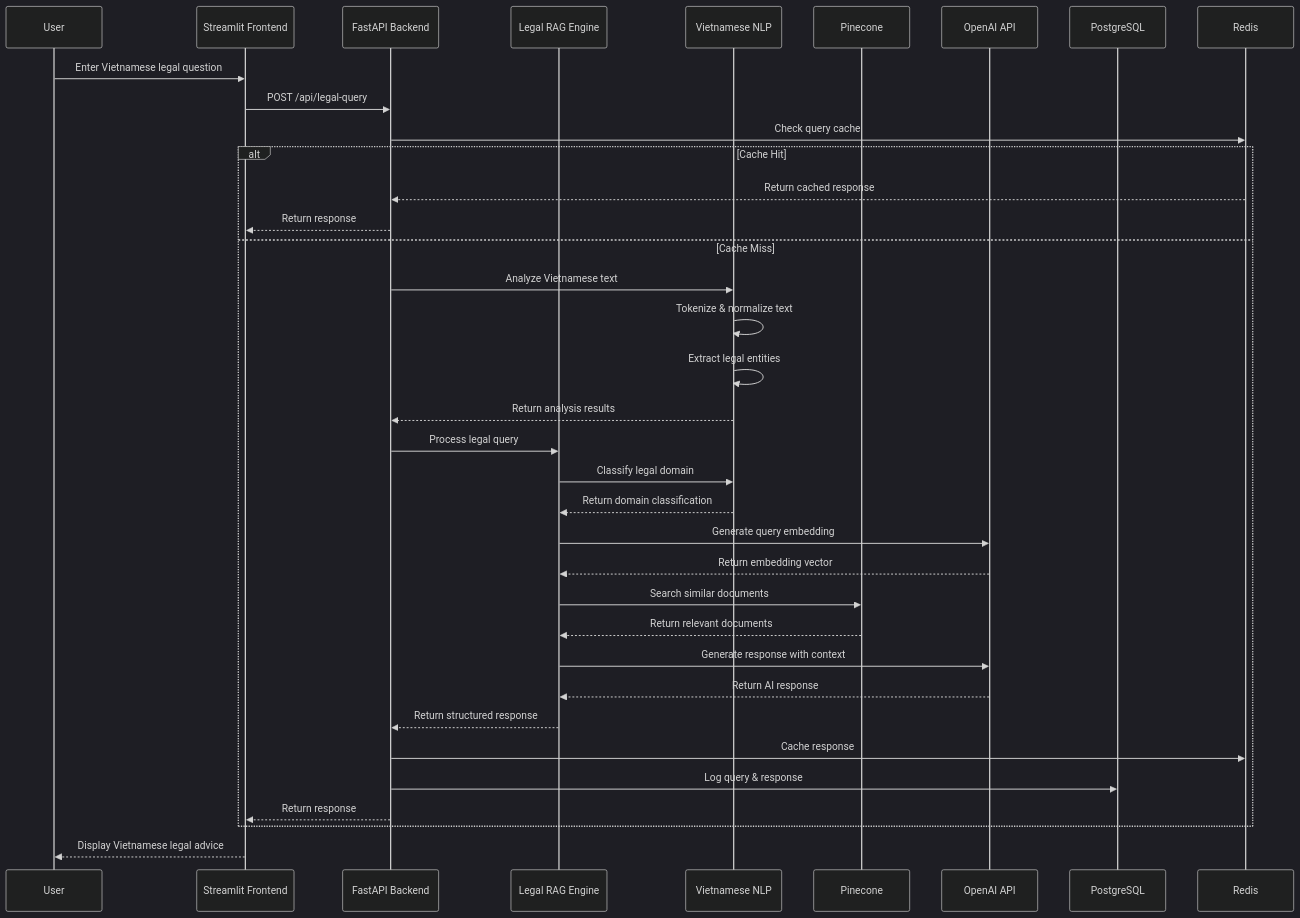
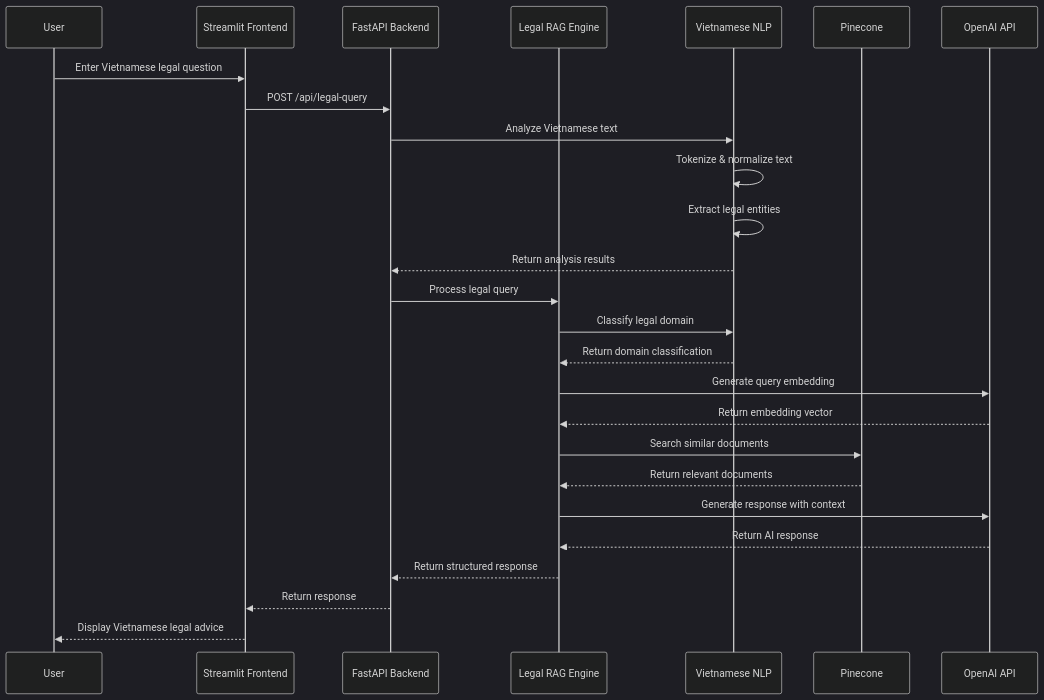
One commit to LePhuongPhuong/F1-Hackathon-CopilotTeam changed the sixth of 15 diagrams in vietnamese_legal_chatbot/docs/system-architecture.md. Above: the diagram before and after it, drawn with Mermaid (dark theme). The commit also changed other lines of this file and 15 other files, not shown here.

````diff
--- a/vietnamese_legal_chatbot/docs/system-architecture.md
+++ b/vietnamese_legal_chatbot/docs/system-architecture.md
@@ -311,46 +271,36 @@
 ```mermaid
 sequenceDiagram
     participant U as User
     participant ST as Streamlit Frontend
     participant API as FastAPI Backend
     participant RAG as Legal RAG Engine
     participant NLP as Vietnamese NLP
     participant PC as Pinecone
     participant OAI as OpenAI API
-    participant PG as PostgreSQL
-    participant RD as Redis
     
     U->>ST: Enter Vietnamese legal question
     ST->>API: POST /api/legal-query
     
-    API->>RD: Check query cache
-    alt Cache Hit
-        RD-->>API: Return cached response
-        API-->>ST: Return response
-    else Cache Miss
-        API->>NLP: Analyze Vietnamese text
-        NLP->>NLP: Tokenize & normalize text
-        NLP->>NLP: Extract legal entities
-        NLP-->>API: Return analysis results
-        
-        API->>RAG: Process legal query
-        RAG->>NLP: Classify legal domain
-        NLP-->>RAG: Return domain classification
-        
-        RAG->>OAI: Generate query embedding
-        OAI-->>RAG: Return embedding vector
-        
-        RAG->>PC: Search similar documents
-        PC-->>RAG: Return relevant documents
-        
-        RAG->>OAI: Generate response with context
-        OAI-->>RAG: Return AI response
-        
-        RAG-->>API: Return structured response
-        API->>RD: Cache response
-        API->>PG: Log query & response
-        API-->>ST: Return response
-    end
+    API->>NLP: Analyze Vietnamese text
+    NLP->>NLP: Tokenize & normalize text
+    NLP->>NLP: Extract legal entities
+    NLP-->>API: Return analysis results
+    
+    API->>RAG: Process legal query
+    RAG->>NLP: Classify legal domain
+    NLP-->>RAG: Return domain classification
+    
+    RAG->>OAI: Generate query embedding
+    OAI-->>RAG: Return embedding vector
+    
+    RAG->>PC: Search similar documents
+    PC-->>RAG: Return relevant documents
+    
+    RAG->>OAI: Generate response with context
+    OAI-->>RAG: Return AI response
+    
+    RAG-->>API: Return structured response
+    API-->>ST: Return response
     
     ST-->>U: Display Vietnamese legal advice
 ```
````
